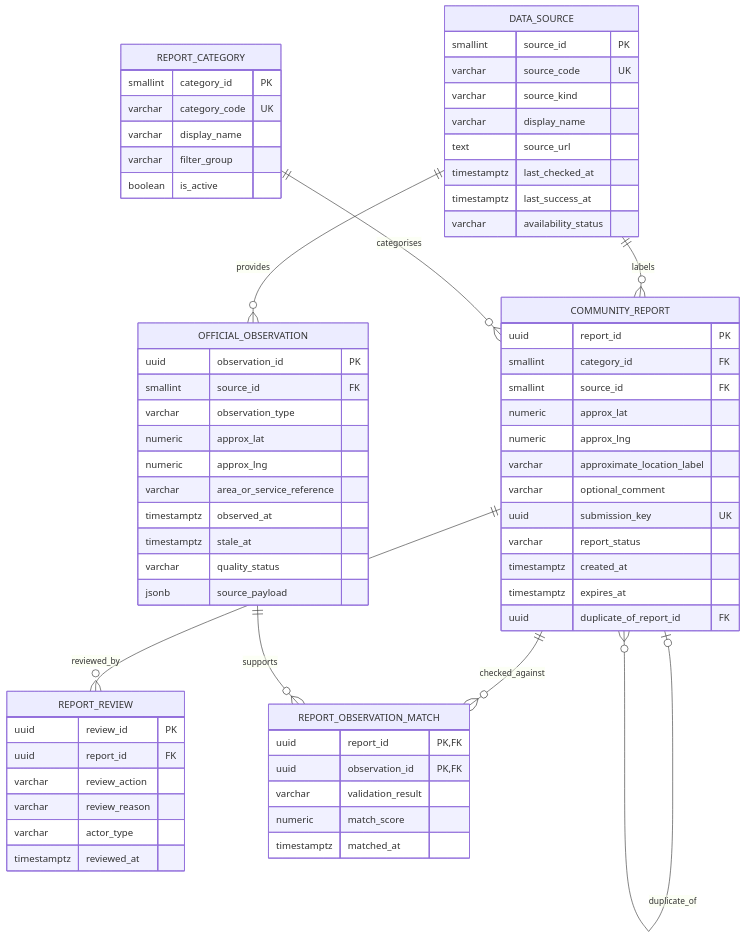
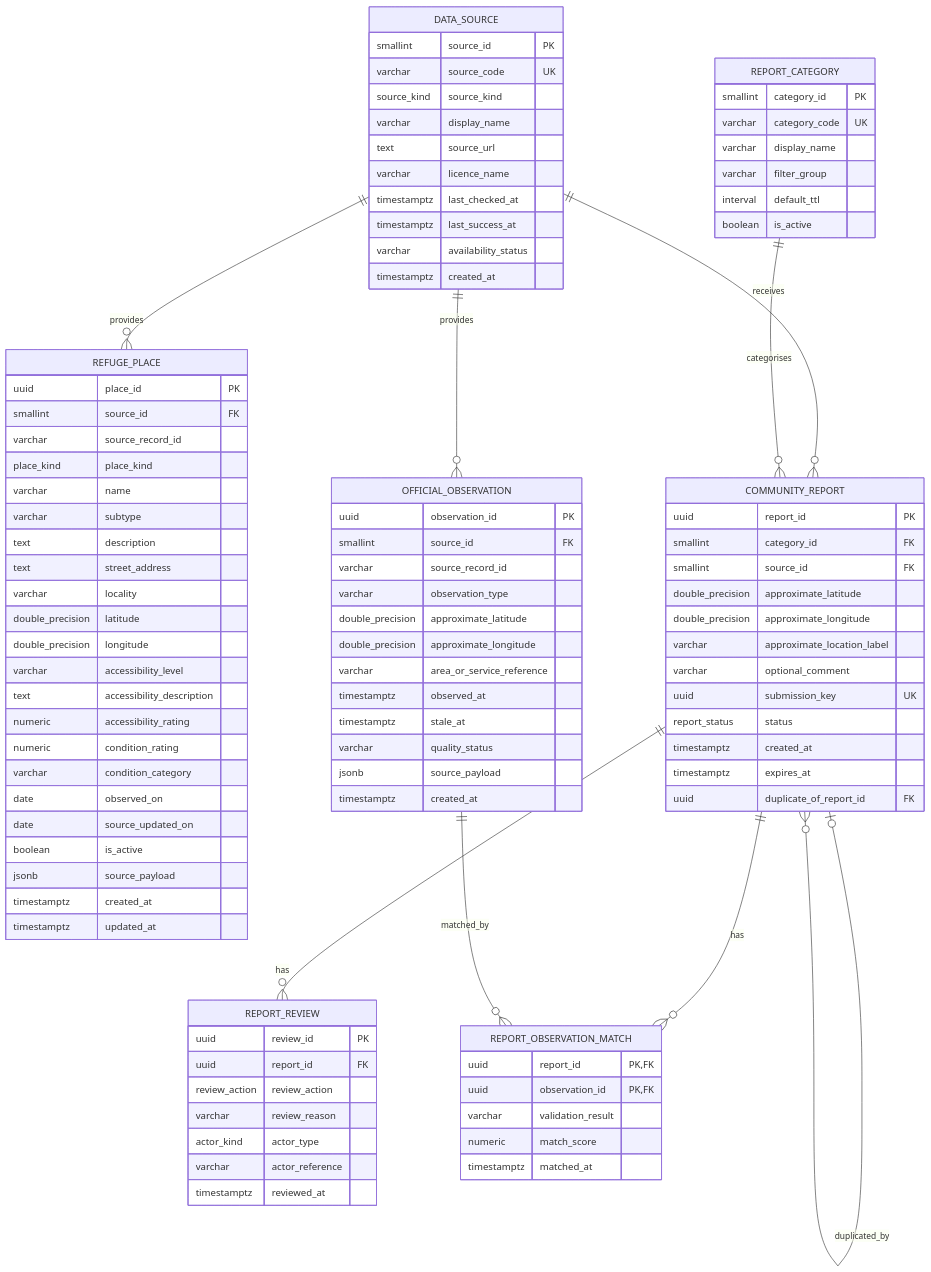
One commit to ptia0004/sensepath changed the diagram in data/datasets/README.md. Above: the diagram before and after it, drawn with Mermaid. The commit also changed other lines of this file, not shown here.

Commit message:
Update ERD and schema details in README for PostgreSQL implementation

````diff
--- a/data/datasets/README.md
+++ b/data/datasets/README.md
@@ -7,22 +11,50 @@
 ```mermaid
 erDiagram
-    DATA_SOURCE ||--o{ COMMUNITY_REPORT : labels
+    DATA_SOURCE ||--o{ REFUGE_PLACE : provides
+    DATA_SOURCE ||--o{ COMMUNITY_REPORT : receives
     DATA_SOURCE ||--o{ OFFICIAL_OBSERVATION : provides
     REPORT_CATEGORY ||--o{ COMMUNITY_REPORT : categorises
-    COMMUNITY_REPORT ||--o{ REPORT_REVIEW : reviewed_by
-    COMMUNITY_REPORT ||--o{ REPORT_OBSERVATION_MATCH : checked_against
-    OFFICIAL_OBSERVATION ||--o{ REPORT_OBSERVATION_MATCH : supports
-    COMMUNITY_REPORT o|--o{ COMMUNITY_REPORT : duplicate_of
+    COMMUNITY_REPORT ||--o{ REPORT_REVIEW : has
+    COMMUNITY_REPORT ||--o{ REPORT_OBSERVATION_MATCH : has
+    OFFICIAL_OBSERVATION ||--o{ REPORT_OBSERVATION_MATCH : matched_by
+    COMMUNITY_REPORT o|--o{ COMMUNITY_REPORT : duplicated_by
 
     DATA_SOURCE {
         smallint source_id PK
         varchar source_code UK
-        varchar source_kind
+        source_kind source_kind
         varchar display_name
         text source_url
+        varchar licence_name
         timestamptz last_checked_at
         timestamptz last_success_at
         varchar availability_status
+        timestamptz created_at
+    }
+
+    REFUGE_PLACE {
+        uuid place_id PK
+        smallint source_id FK
+        varchar source_record_id
+        place_kind place_kind
+        varchar name
+        varchar subtype
+        text description
+        text street_address
+        varchar locality
+        double_precision latitude
+        double_precision longitude
+        varchar accessibility_level
+        text accessibility_description
+        numeric accessibility_rating
+        numeric condition_rating
+        varchar condition_category
+        date observed_on
+        date source_updated_on
+        boolean is_active
+        jsonb source_payload
+        timestamptz created_at
+        timestamptz updated_at
     }
 
     REPORT_CATEGORY {
@@ -30,6 +62,7 @@
         varchar category_code UK
         varchar display_name
         varchar filter_group
+        interval default_ttl
         boolean is_active
     }
 
@@ -37,12 +70,12 @@
         uuid report_id PK
         smallint category_id FK
         smallint source_id FK
-        numeric approx_lat
-        numeric approx_lng
+        double_precision approximate_latitude
+        double_precision approximate_longitude
         varchar approximate_location_label
         varchar optional_comment
         uuid submission_key UK
-        varchar report_status
+        report_status status
         timestamptz created_at
         timestamptz expires_at
         uuid duplicate_of_report_id FK
@@ -51,14 +84,16 @@
     OFFICIAL_OBSERVATION {
         uuid observation_id PK
         smallint source_id FK
+        varchar source_record_id
         varchar observation_type
-        numeric approx_lat
-        numeric approx_lng
+        double_precision approximate_latitude
+        double_precision approximate_longitude
         varchar area_or_service_reference
         timestamptz observed_at
         timestamptz stale_at
         varchar quality_status
         jsonb source_payload
+        timestamptz created_at
     }
 
     REPORT_OBSERVATION_MATCH {
@@ -72,9 +107,10 @@
     REPORT_REVIEW {
         uuid review_id PK
         uuid report_id FK
-        varchar review_action
+        review_action review_action
         varchar review_reason
-        varchar actor_type
+        actor_kind actor_type
+        varchar actor_reference
         timestamptz reviewed_at
     }
 ```
````
